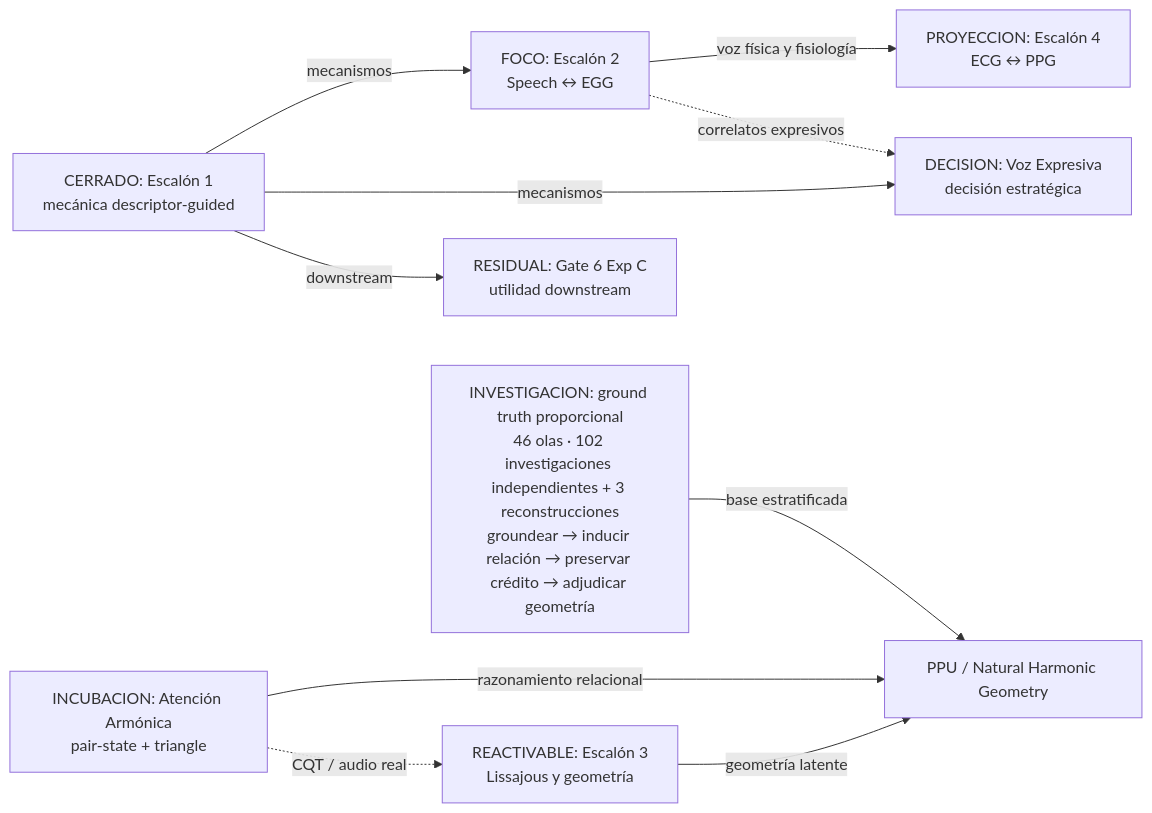
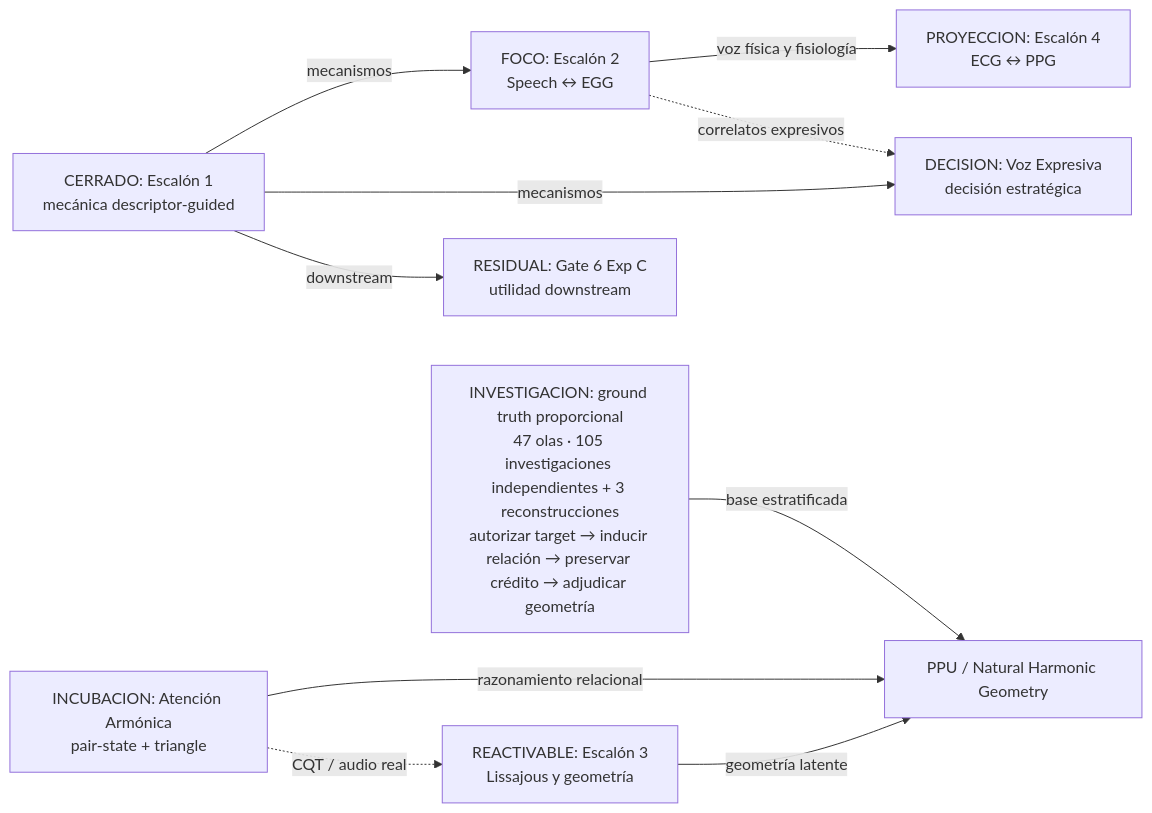
The first of 2 diagrams in Documents/05_WIKI/MAPA_VISUAL_DEL_PROGRAMA.md (Mar-IA-no/Phideus), drawn with Mermaid before and after one commit. The commit also changed other lines of this file and 9 other files, not shown here.

````diff
--- a/Documents/05_WIKI/MAPA_VISUAL_DEL_PROGRAMA.md
+++ b/Documents/05_WIKI/MAPA_VISUAL_DEL_PROGRAMA.md
@@ -36,22 +36,22 @@
 ```mermaid
 flowchart LR
     E1["CERRADO: Escalón 1<br/>mecánica descriptor-guided"]
     G6["RESIDUAL: Gate 6 Exp C<br/>utilidad downstream"]
     E2["FOCO: Escalón 2<br/>Speech ↔ EGG"]
     VE["DECISION: Voz Expresiva<br/>decisión estratégica"]
     E3["REACTIVABLE: Escalón 3<br/>Lissajous y geometría"]
     AA["INCUBACION: Atención Armónica<br/>pair-state + triangle"]
     E4["PROYECCION: Escalón 4<br/>ECG ↔ PPG"]
     PPU["PPU / Natural Harmonic Geometry"]
-    GT["INVESTIGACION: ground truth proporcional<br/>46 olas · 102 investigaciones independientes + 3 reconstrucciones<br/>groundear → inducir relación → preservar crédito → adjudicar geometría"]
+    GT["INVESTIGACION: ground truth proporcional<br/>47 olas · 105 investigaciones independientes + 3 reconstrucciones<br/>autorizar target → inducir relación → preservar crédito → adjudicar geometría"]
 
     E1 -->|mecanismos| E2
     E1 -->|mecanismos| VE
     E1 -->|downstream| G6
     E2 -->|voz física y fisiología| E4
     E2 -.->|correlatos expresivos| VE
     E3 -->|geometría latente| PPU
     AA -->|razonamiento relacional| PPU
     GT -->|base estratificada| PPU
     AA -.->|CQT / audio real| E3
 ```
````
